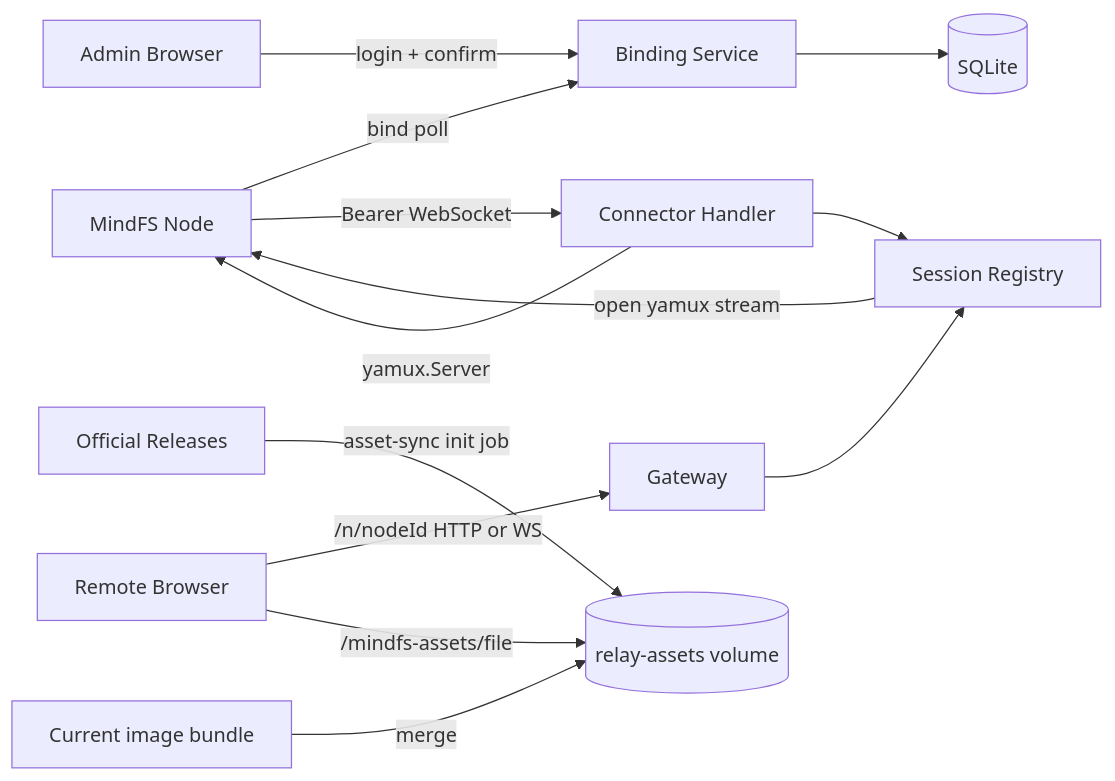
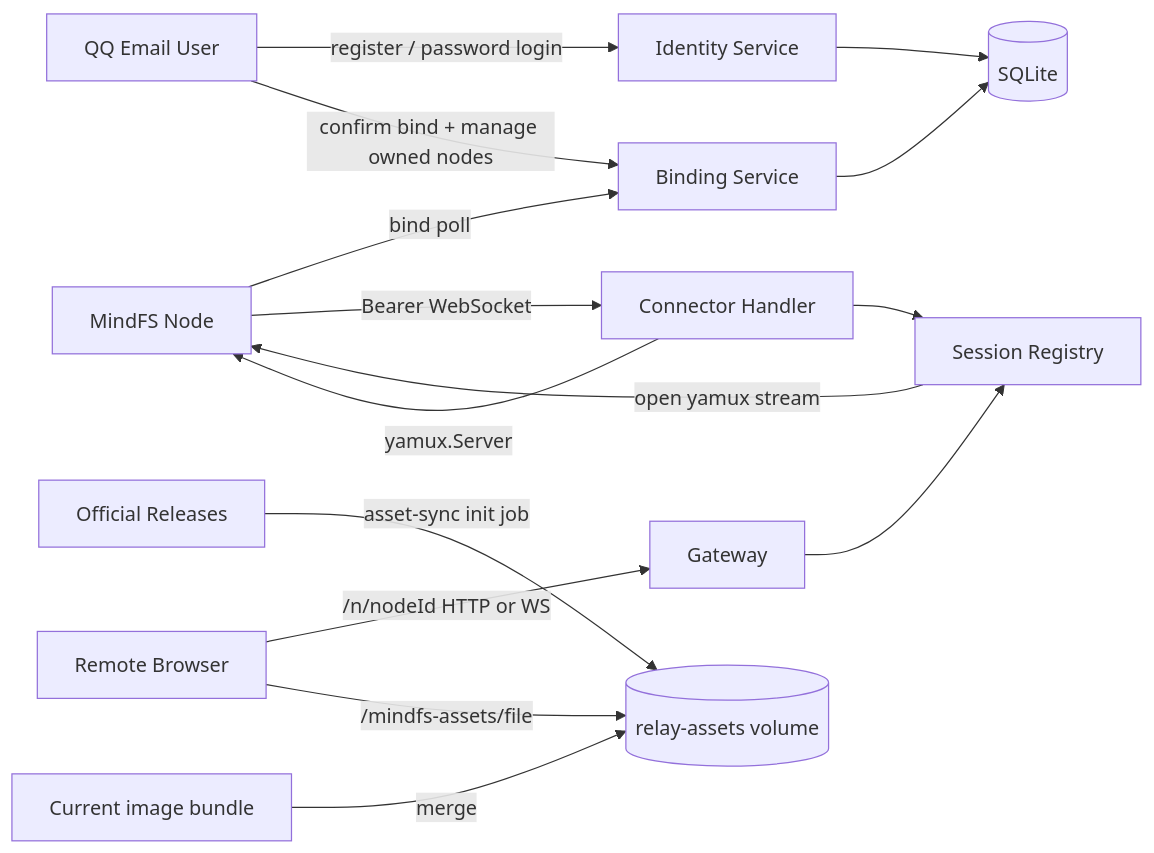
Before and after one commit to zhuxian89/mindfs: the diagram in .codestable/architecture/cloud-relay-core.md, drawn with Mermaid. The commit also changed other lines of this file and 6 other files, not shown here.

````diff
--- a/.codestable/architecture/cloud-relay-core.md
+++ b/.codestable/architecture/cloud-relay-core.md
@@ -37,15 +41,17 @@
 ```mermaid
 flowchart LR
     Node[MindFS Node] -->|bind poll| Binding[Binding Service]
-    Admin[Admin Browser] -->|login + confirm| Binding
+    User[QQ Email User] -->|register / password login| Identity[Identity Service]
+    Identity --> SQLite
+    User -->|confirm bind + manage owned nodes| Binding
     Binding --> SQLite[(SQLite)]
     Node -->|Bearer WebSocket| Connector[Connector Handler]
     Connector --> Registry[Session Registry]
     Connector -->|yamux.Server| Node
     Remote[Remote Browser] -->|/n/nodeId HTTP or WS| Gateway[Gateway]
     Gateway --> Registry
     Registry -->|open yamux stream| Node
     GitHub[Official Releases] -->|asset-sync init job| Assets[(relay-assets volume)]
     Current[Current image bundle] -->|merge| Assets
     Remote -->|/mindfs-assets/file| Assets
 ```
````
